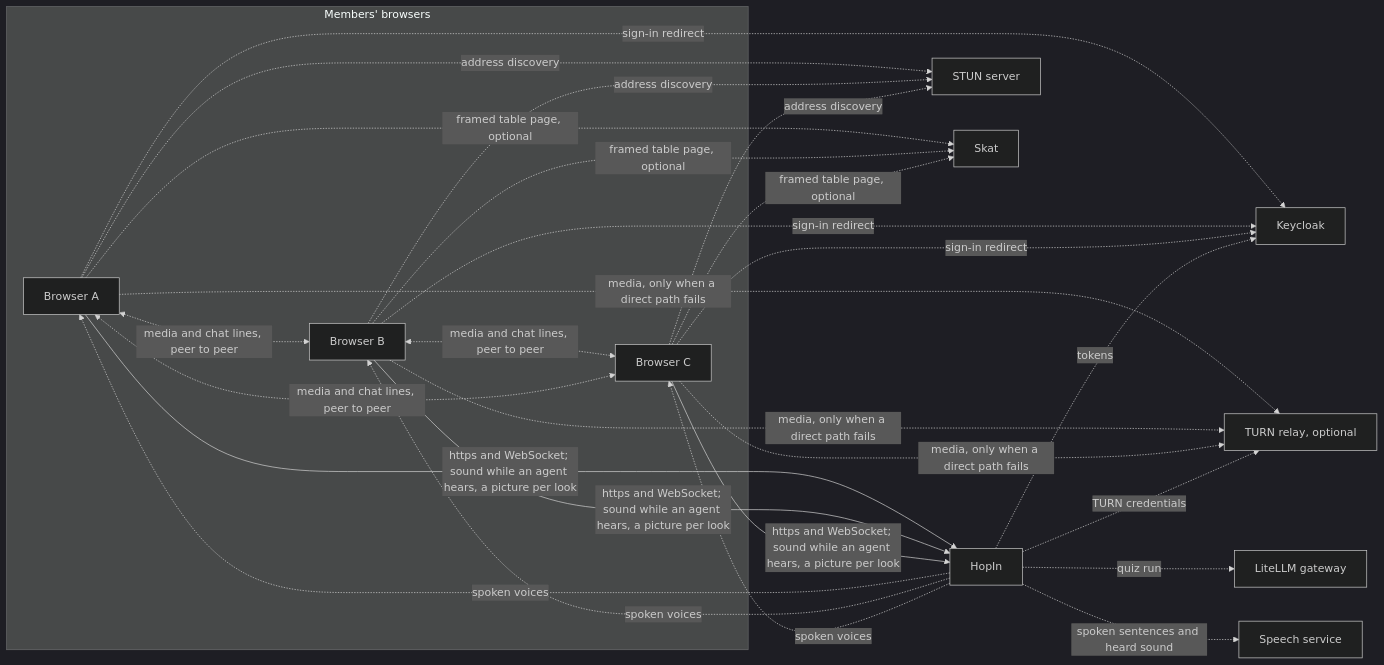
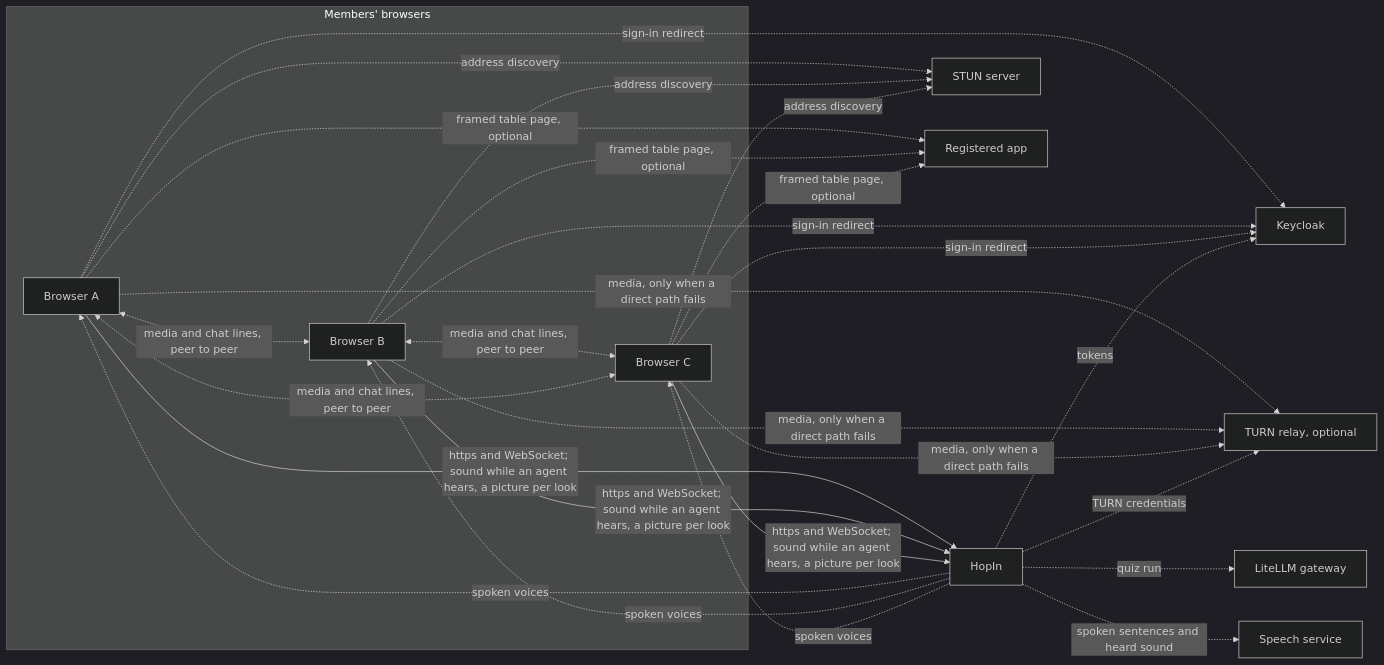
Before and after one commit to overnightworks/hopin: the first of 4 diagrams in docs/ARCHITECTURE.md, drawn with Mermaid (dark theme). The commit also changed other lines of this file and 38 other files, not shown here.

````diff
--- a/docs/ARCHITECTURE.md
+++ b/docs/ARCHITECTURE.md
@@ -9,21 +9,21 @@
 ```mermaid
 flowchart LR
     subgraph members["Members' browsers"]
         A[Browser A]
         B[Browser B]
         C[Browser C]
     end
     A <-. "media and chat lines, peer to peer" .-> B
     B <-. "media and chat lines, peer to peer" .-> C
     A <-. "media and chat lines, peer to peer" .-> C
     A & B & C -- "https and WebSocket; sound while an agent hears, a picture per look" --> H[HopIn]
     H -. "spoken voices" .-> A & B & C
     A & B & C -. sign-in redirect .-> K[Keycloak]
     A & B & C -. address discovery .-> T[STUN server]
     A & B & C -. media, only when a direct path fails .-> R[TURN relay, optional]
-    A & B & C -. "framed table page, optional" .-> SK[Skat]
+    A & B & C -. "framed table page, optional" .-> SK[Registered app]
     H -. "tokens" .-> K
     H -. TURN credentials .-> R
     H -. quiz run .-> AG[LiteLLM gateway]
     H -. spoken sentences and heard sound .-> SP[Speech service]
 ```
````
